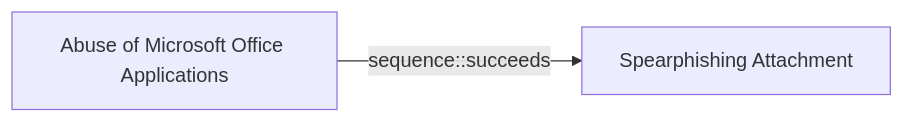
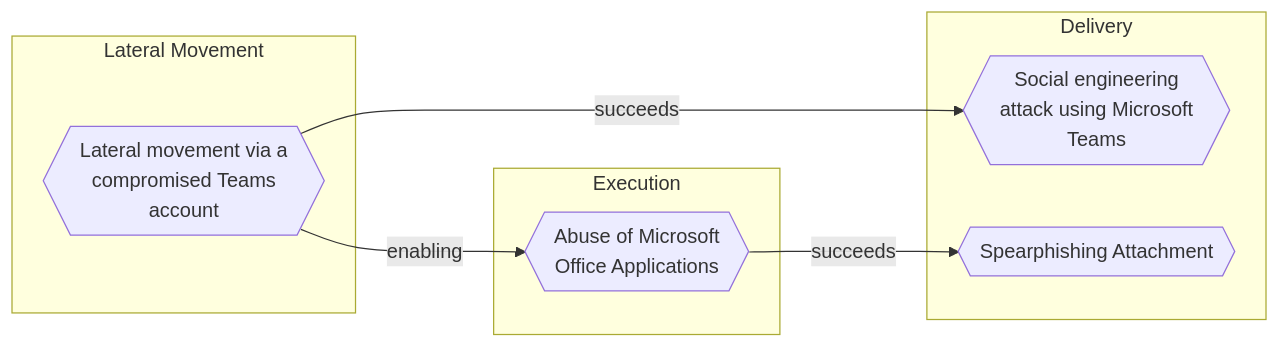
The diagram in docs/threats/abuse-of-microsoft-office-applications.md (opentidehq/library), drawn with Mermaid before and after one commit. The commit also changed other lines of this file and 540 other files, not shown here.

````diff
--- a/docs/threats/abuse-of-microsoft-office-applications.md
+++ b/docs/threats/abuse-of-microsoft-office-applications.md
@@ -98,6 +117,16 @@
 ```mermaid
 flowchart LR
-b663b684_a80f_4570_89b6_2f7faa16fece["Abuse of Microsoft Office Applications"]
-dd5d942c_bac4_4000_b9a6_ca4fef6cfb84["Spearphishing Attachment"]
-b663b684_a80f_4570_89b6_2f7faa16fece -->|sequence::succeeds| dd5d942c_bac4_4000_b9a6_ca4fef6cfb84
+subgraph "Execution"
+b663b684_a80f_4570_89b6_2f7faa16fece{{"Abuse of Microsoft<br>Office Applications"}}
+end
+subgraph "Lateral Movement"
+cc9003f7_a9e3_4407_a1ca_d514af469787{{"Lateral movement via a<br>compromised Teams<br>account"}}
+end
+subgraph "Delivery"
+06c60af1_5fa8_493c_bf9b_6b2e215819f1{{"Social engineering<br>attack using Microsoft<br>Teams"}}
+dd5d942c_bac4_4000_b9a6_ca4fef6cfb84{{"Spearphishing Attachment"}}
+end
+cc9003f7_a9e3_4407_a1ca_d514af469787 -->|enabling| b663b684_a80f_4570_89b6_2f7faa16fece
+cc9003f7_a9e3_4407_a1ca_d514af469787 -->|succeeds| 06c60af1_5fa8_493c_bf9b_6b2e215819f1
+b663b684_a80f_4570_89b6_2f7faa16fece -->|succeeds| dd5d942c_bac4_4000_b9a6_ca4fef6cfb84
 ```
````
